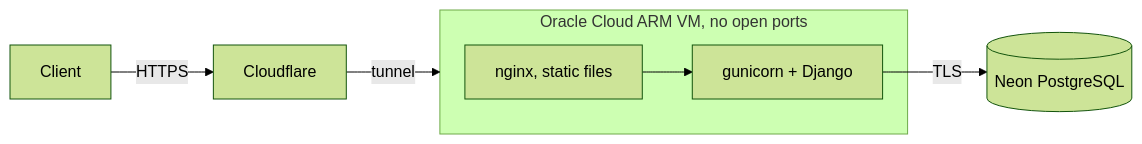
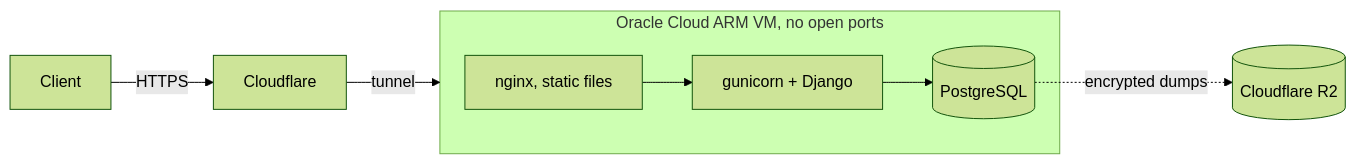
The diagram in README.md (hemkdev/racha-api), drawn with Mermaid (forest theme) before and after one commit. The commit also changed other lines of this file and 7 other files, not shown here.

````diff
--- a/README.md
+++ b/README.md
@@ -144,9 +144,9 @@
 ```mermaid
 flowchart LR
     user[Client] -->|HTTPS| cf[Cloudflare]
     cf -->|tunnel| vm
     subgraph vm [Oracle Cloud ARM VM, no open ports]
-        nginx[nginx, static files] --> app[gunicorn + Django]
+        nginx[nginx, static files] --> app[gunicorn + Django] --> db[(PostgreSQL)]
     end
-    app -->|TLS| db[(Neon PostgreSQL)]
+    db -.->|encrypted dumps| r2[(Cloudflare R2)]
 ```
````
